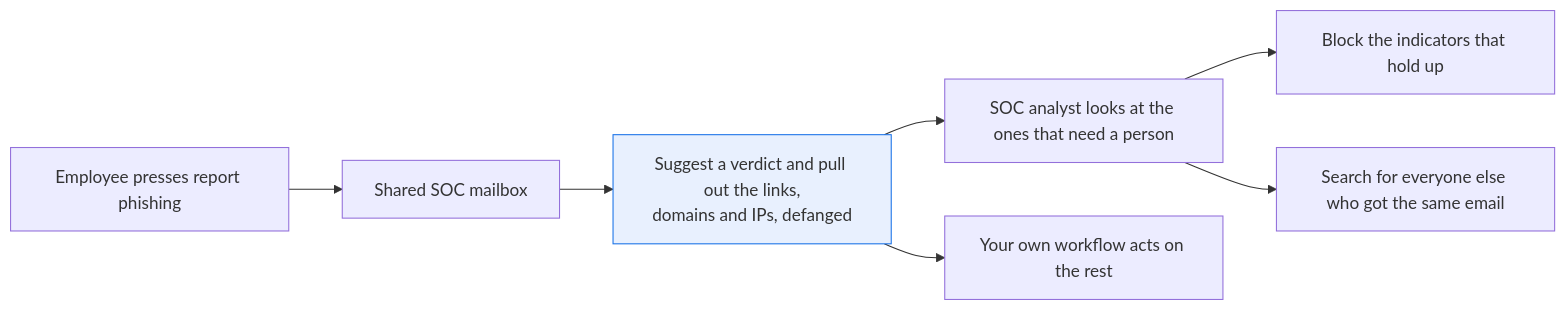
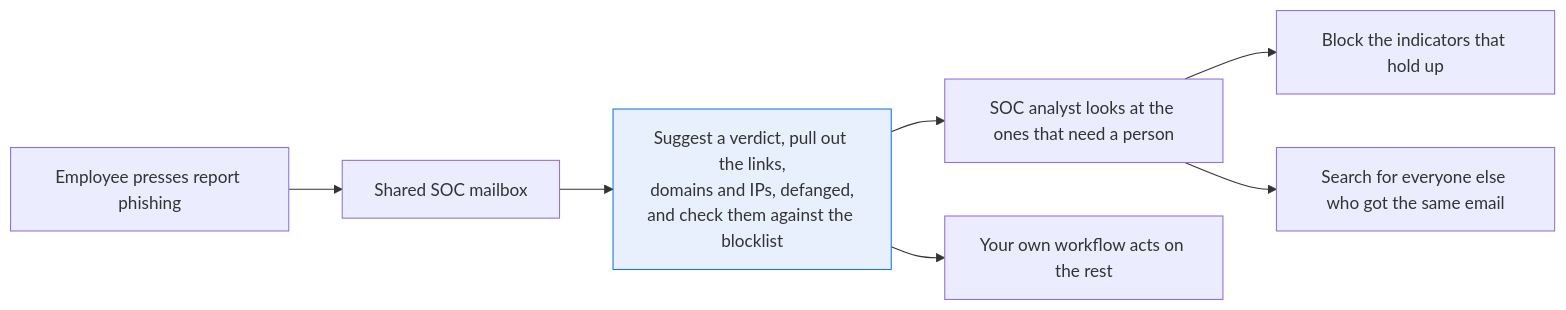
One commit to superlinked/cookbook changed the first of 2 diagrams in security/triage_reported_phishing/README.md. Above: the diagram before and after it, drawn with Mermaid. The commit also changed other lines of this file and 9 other files, not shown here.

````diff
--- a/security/triage_reported_phishing/README.md
+++ b/security/triage_reported_phishing/README.md
@@ -40,11 +41,11 @@
 ```mermaid
 flowchart LR
     A[Employee presses report phishing] --> B[Shared SOC mailbox]
-    B --> C["Suggest a verdict and pull out the links,<br/>domains and IPs, defanged"]
+    B --> C["Suggest a verdict, pull out the links,<br/>domains and IPs, defanged,<br/>and check them against the blocklist"]
     C --> D[SOC analyst looks at the ones that need a person]
     C --> G[Your own workflow acts on the rest]
     D --> E[Block the indicators that hold up]
     D --> F[Search for everyone else who got the same email]
     classDef recipe fill:#e8f0fe,stroke:#1a73e8
     class C recipe;
 ```
````
